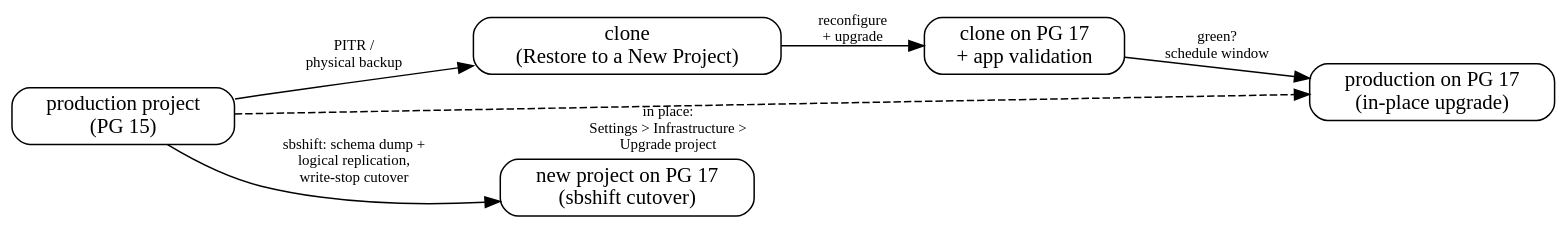
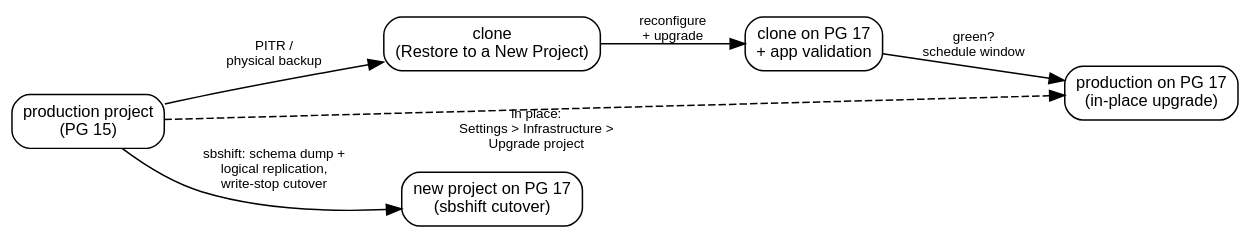
One commit to erfianugrah/lexicanum changed the diagram in src/content/docs/guides/supabase-postgres-major-upgrade-e2e.mdx. Above: the diagram before and after it, drawn with Graphviz. The commit also changed other lines of this file and 2 other files, not shown here.

````diff
--- a/src/content/docs/guides/supabase-postgres-major-upgrade-e2e.mdx
+++ b/src/content/docs/guides/supabase-postgres-major-upgrade-e2e.mdx
@@ -45,19 +45,19 @@
 ```dot
 digraph upgrade {
-  rankdir=LR;
-  bgcolor="transparent";
-  forcelabels=true;
-  node [shape=box, style=rounded];
-  edge [fontsize=10];
+  rankdir=LR; bgcolor="transparent"; forcelabels=true; nodesep=0.3; ranksep=0.7;
+  fontname="Helvetica,Arial,sans-serif";
+  node [fontname="Helvetica,Arial,sans-serif", fontsize=11, shape=box, style=rounded];
+  edge [fontname="Helvetica,Arial,sans-serif", fontsize=9];
+
   prod [label="production project\n(PG 15)"];
   clone [label="clone\n(Restore to a New Project)"];
   clone17 [label="clone on PG 17\n+ app validation"];
   prod17 [label="production on PG 17\n(in-place upgrade)"];
   sbnew [label="new project on PG 17\n(sbshift cutover)"];
   prod -> clone [label="PITR /\nphysical backup"];
   clone -> clone17 [label="reconfigure\n+ upgrade"];
   clone17 -> prod17 [label="green?\nschedule window"];
   prod -> prod17 [style=dashed, xlabel="in place:\nSettings > Infrastructure >\nUpgrade project"];
   prod -> sbnew [label="sbshift: schema dump +\nlogical replication,\nwrite-stop cutover"];
 }
 ```
````
